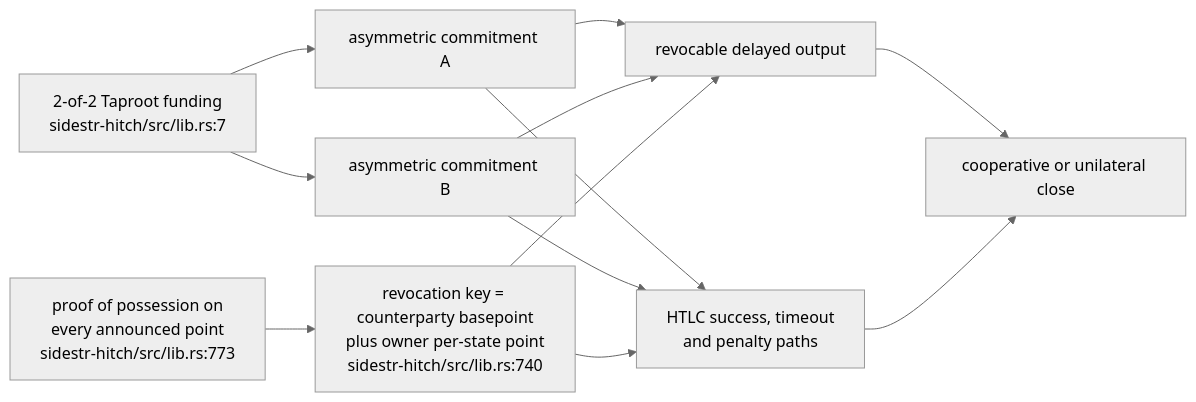
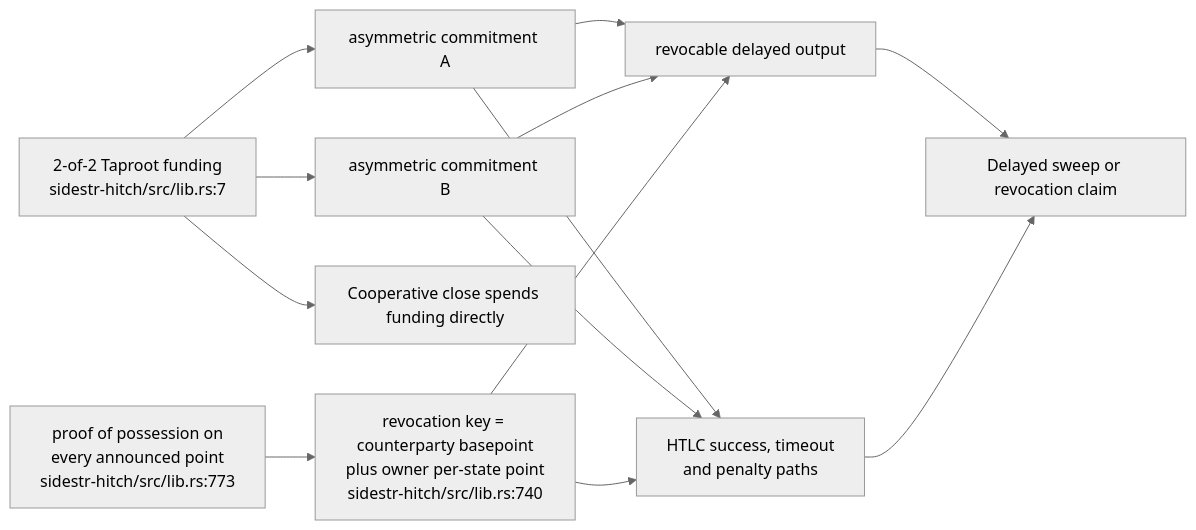
The first of 5 diagrams in docs/diagrams/sidestr-rs/04-hitch-channel-kernel-and-host-gap.md (DreamLab-AI/VisionFlow), drawn with Mermaid (neutral theme) before and after one commit. The commit also changed other lines of this file and 25 other files, not shown here.

````diff
--- a/docs/diagrams/sidestr-rs/04-hitch-channel-kernel-and-host-gap.md
+++ b/docs/diagrams/sidestr-rs/04-hitch-channel-kernel-and-host-gap.md
@@ -44,14 +46,15 @@
 ```mermaid
 flowchart LR
     FUND["2-of-2 Taproot funding<br/>sidestr-hitch/src/lib.rs:7"] --> CA["asymmetric commitment A"]
     FUND --> CB["asymmetric commitment B"]
     CA --> D["revocable delayed output"]
     CB --> D
     CA --> H["HTLC success, timeout<br/>and penalty paths"]
     CB --> H
-    D --> CLOSE["cooperative or unilateral close"]
-    H --> CLOSE
+    D --> CLAIM["Delayed sweep or revocation claim"]
+    H --> CLAIM
+    FUND --> COOP["Cooperative close spends funding directly"]
     REV["revocation key = counterparty basepoint<br/>plus owner per-state point<br/>sidestr-hitch/src/lib.rs:740"] --> D
     REV --> H
     POP["proof of possession on<br/>every announced point<br/>sidestr-hitch/src/lib.rs:773"] --> REV
 ```
````
